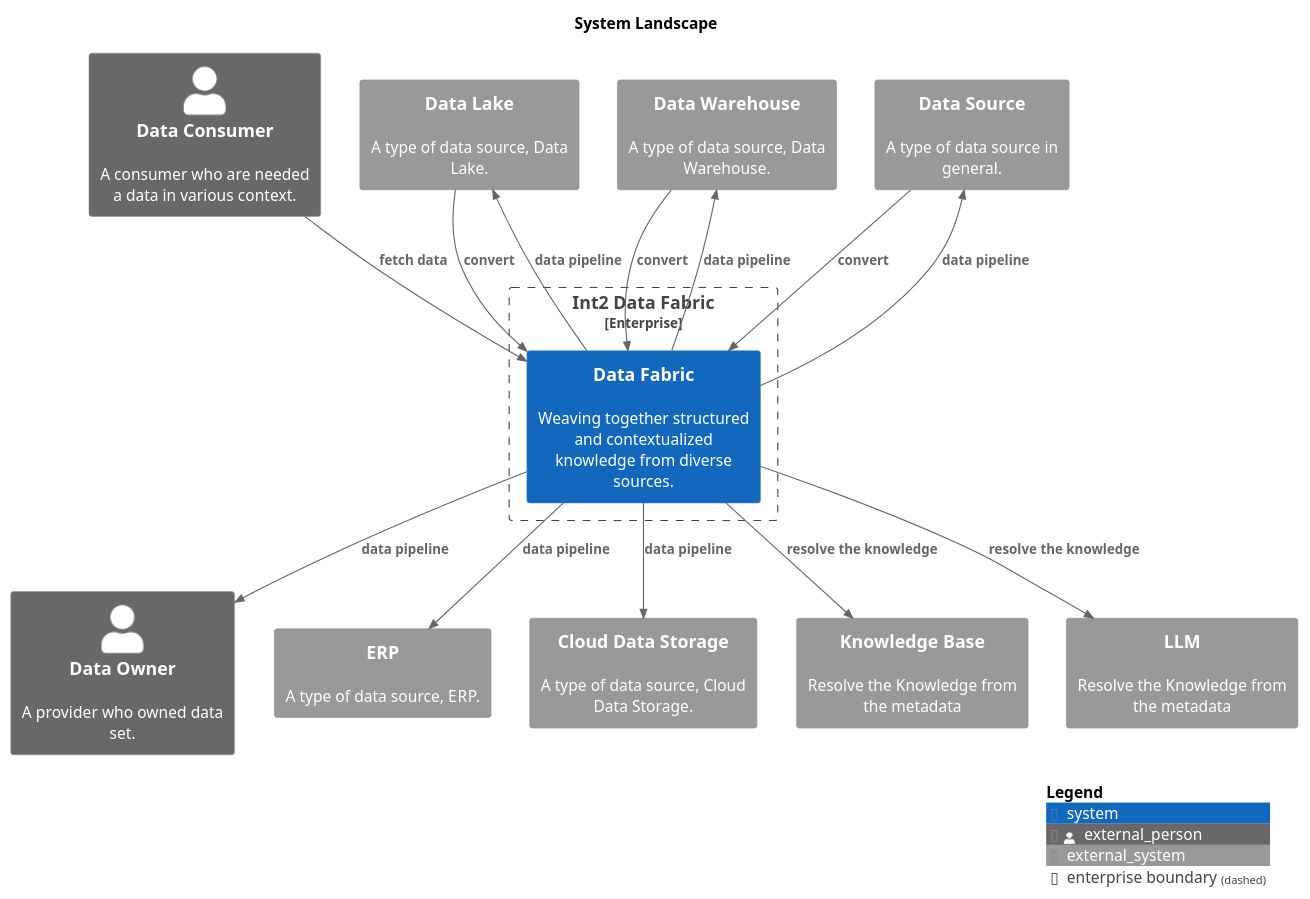
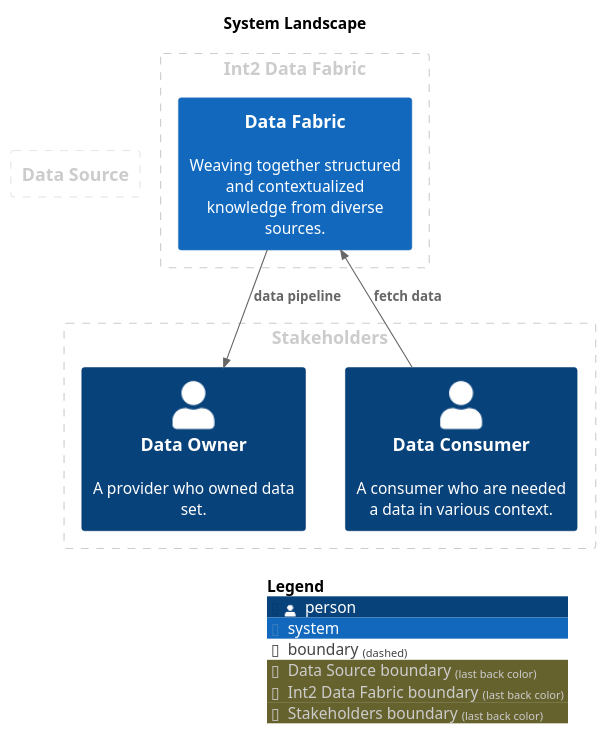
Before and after one commit to IntellectusCorp/data-fabric-docs: the diagram in master/puml/SystemLandscape.puml, drawn with PlantUML. The commit also changed 53 other files, not shown here.

Commit message:
Deploying to gh-pages from @ IntellectusCorp/data-fabric-docs@32620bfb9044d909f5563884c3eefdb81d3f7130 🚀

```diff
--- a/master/puml/SystemLandscape.puml
+++ b/master/puml/SystemLandscape.puml
@@ -1,38 +1,30 @@
 @startuml
 set separator none
 title System Landscape
 
 top to bottom direction
 
 !include <C4/C4>
 !include <C4/C4_Context>
 
-Enterprise_Boundary(enterprise, "Int2 Data Fabric") {
+AddBoundaryTag("Data Source", $borderColor="#cccccc", $fontColor="#cccccc")
+Boundary(group_1, "Data Source", $tags="Data Source") {
+}
+
+AddBoundaryTag("Int2 Data Fabric", $borderColor="#cccccc", $fontColor="#cccccc")
+Boundary(group_2, "Int2 Data Fabric", $tags="Int2 Data Fabric") {
   System(DataFabric, "Data Fabric", "Weaving together structured and contextualized knowledge from diverse sources.", $tags="")
 }
 
-Person_Ext(DataConsumer, "Data Consumer", "A consumer who are needed a data in various context.", $tags="")
-Person_Ext(DataOwner, "Data Owner", "A provider who owned data set.", $tags="")
-System_Ext(ERP, "ERP", "A type of data source, ERP.", $tags="")
-System_Ext(DataLake, "Data Lake", "A type of data source, Data Lake.", $tags="")
-System_Ext(DataWarehouse, "Data Warehouse", "A type of data source, Data Warehouse.", $tags="")
-System_Ext(CloudDataStorage, "Cloud Data Storage", "A type of data source, Cloud Data Storage.", $tags="")
-System_Ext(DataSource, "Data Source", "A type of data source in general.", $tags="")
-System_Ext(KnowledgeBase, "Knowledge Base", "Resolve the Knowledge from the metadata", $tags="")
-System_Ext(LLM, "LLM", "Resolve the Knowledge from the metadata", $tags="")
+AddBoundaryTag("Stakeholders", $borderColor="#cccccc", $fontColor="#cccccc")
+Boundary(group_3, "Stakeholders", $tags="Stakeholders") {
+  Person(DataConsumer, "Data Consumer", "A consumer who are needed a data in various context.", $tags="")
+  Person(DataOwner, "Data Owner", "A provider who owned data set.", $tags="")
+}
+
 
 Rel_D(DataConsumer, DataFabric, "fetch data", $tags="")
-Rel_D(DataFabric, KnowledgeBase, "resolve the knowledge", $tags="")
-Rel_D(DataFabric, LLM, "resolve the knowledge", $tags="")
 Rel_D(DataFabric, DataOwner, "data pipeline", $tags="")
-Rel_D(DataFabric, ERP, "data pipeline", $tags="")
-Rel_D(DataFabric, DataLake, "data pipeline", $tags="")
-Rel_D(DataFabric, DataWarehouse, "data pipeline", $tags="")
-Rel_D(DataFabric, CloudDataStorage, "data pipeline", $tags="")
-Rel_D(DataFabric, DataSource, "data pipeline", $tags="")
-Rel_D(DataLake, DataFabric, "convert", $tags="")
-Rel_D(DataWarehouse, DataFabric, "convert", $tags="")
-Rel_D(DataSource, DataFabric, "convert", $tags="")
 
 SHOW_LEGEND(true)
 @enduml
```
